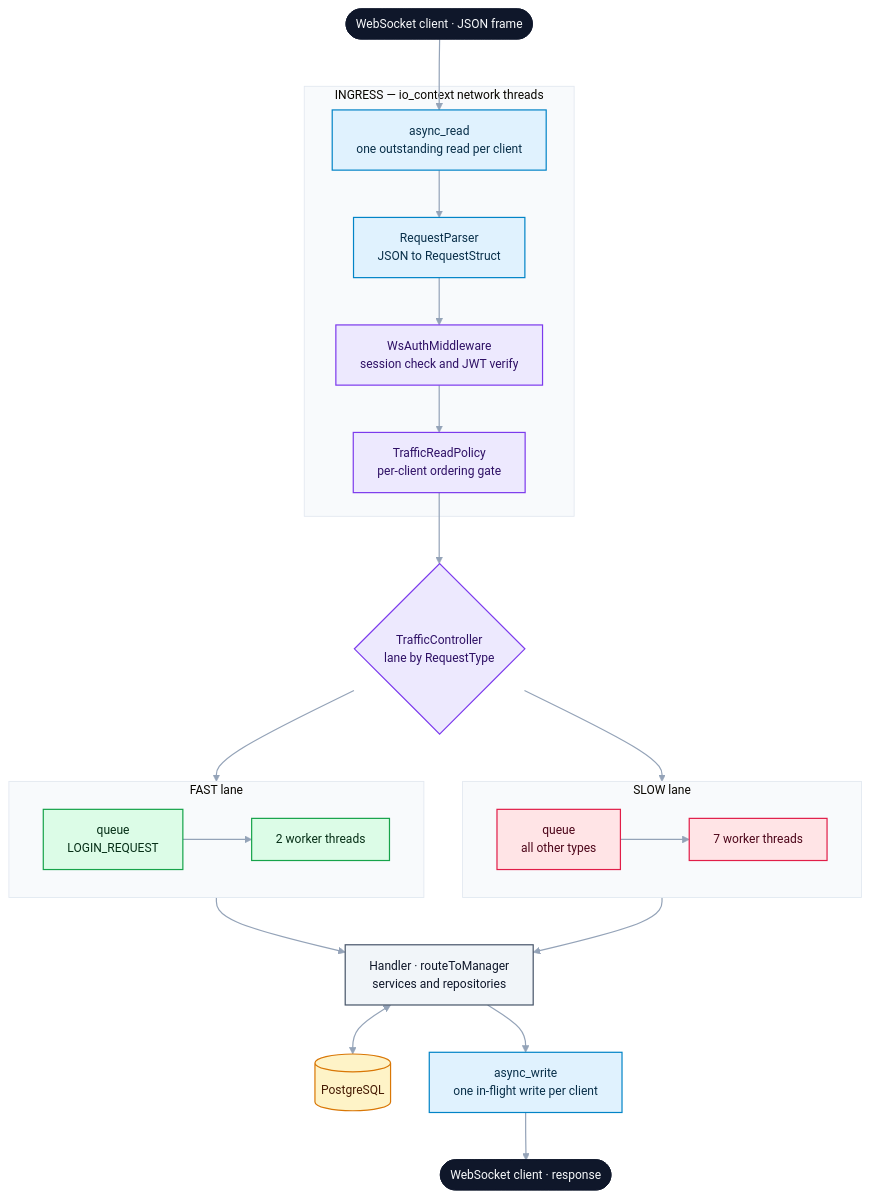
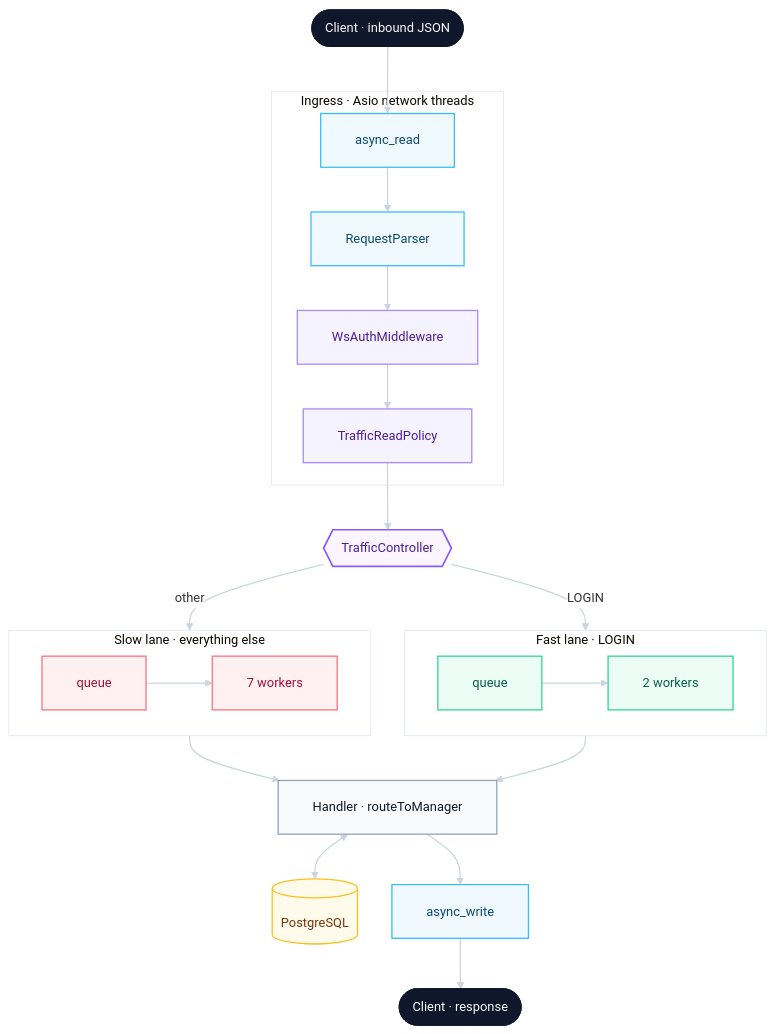
One commit to davidzdravkovic/ChatMe changed the diagram in ARCHITECTURE.md. Above: the diagram before and after it, drawn with Mermaid.

Commit message:
Architecture diagram polish v2

````diff
--- a/ARCHITECTURE.md
+++ b/ARCHITECTURE.md
@@ -9,68 +9,74 @@
 ```mermaid
 %%{init: {
   "theme": "base",
   "themeVariables": {
-    "fontSize": "14px",
-    "lineColor": "#94a3b8",
-    "clusterBkg": "#f8fafc",
+    "fontSize": "15px",
+    "lineColor": "#cbd5e1",
+    "clusterBkg": "#ffffff",
     "clusterBorder": "#e2e8f0",
     "edgeLabelBackground": "#ffffff"
   },
-  "flowchart": { "curve": "basis", "nodeSpacing": 45, "rankSpacing": 55, "padding": 14 }
+  "flowchart": {
+    "curve": "basis",
+    "nodeSpacing": 40,
+    "rankSpacing": 52,
+    "padding": 20
+  }
 }}%%
 flowchart TD
-    IN(["WebSocket client · JSON frame"])
+    IN(["Client · inbound JSON"])
 
-    subgraph ING["INGRESS — io_context network threads"]
-        READ["async_read<br/>one outstanding read per client"]
-        PARSE["RequestParser<br/>JSON to RequestStruct"]
-        AUTH["WsAuthMiddleware<br/>session check and JWT verify"]
-        GATE["TrafficReadPolicy<br/>per-client ordering gate"]
+    subgraph ING["Ingress · Asio network threads"]
+        READ["async_read"]
+        PARSE["RequestParser"]
+        AUTH["WsAuthMiddleware"]
+        GATE["TrafficReadPolicy"]
         READ --> PARSE --> AUTH --> GATE
     end
 
-    ROUTE{"TrafficController<br/>lane by RequestType"}
+    ROUTE{{"TrafficController"}}
 
-    subgraph SLOWLANE["SLOW lane"]
+    subgraph FASTLANE["Fast lane · LOGIN"]
         direction LR
-        QS["queue<br/>all other types"] --> WS["7 worker threads"]
+        QF["queue"] --> WF["2 workers"]
     end
 
-    subgraph FASTLANE["FAST lane"]
+    subgraph SLOWLANE["Slow lane · everything else"]
         direction LR
-        QF["queue<br/>LOGIN_REQUEST"] --> WF["2 worker threads"]
+        QS["queue"] --> WS["7 workers"]
     end
 
-    HANDLER["Handler · routeToManager<br/>services and repositories"]
+    HANDLER["Handler · routeToManager"]
     DB[("PostgreSQL")]
-    OUT["async_write<br/>one in-flight write per client"]
-    DONE(["WebSocket client · response"])
+    OUT["async_write"]
+    DONE(["Client · response"])
 
     IN --> READ
     GATE --> ROUTE
-    ROUTE --> QF
-    ROUTE --> QS
+    ROUTE -->|LOGIN| QF
+    ROUTE -->|other| QS
     WF --> HANDLER
     WS --> HANDLER
     HANDLER <--> DB
-    HANDLER --> OUT
-    OUT --> DONE
+    HANDLER --> OUT --> DONE
 
-    classDef client fill:#0f172a,stroke:#0f172a,stroke-width:1px,color:#f8fafc
-    classDef io fill:#e0f2fe,stroke:#0284c7,stroke-width:1.4px,color:#082f49
-    classDef guard fill:#ede9fe,stroke:#7c3aed,stroke-width:1.4px,color:#2e1065
-    classDef fastLane fill:#dcfce7,stroke:#16a34a,stroke-width:1.4px,color:#052e16
-    classDef slowLane fill:#ffe4e6,stroke:#e11d48,stroke-width:1.4px,color:#4c0519
-    classDef logic fill:#f1f5f9,stroke:#475569,stroke-width:1.4px,color:#0f172a
-    classDef store fill:#fef3c7,stroke:#d97706,stroke-width:1.4px,color:#451a03
+    classDef endpoint fill:#0f172a,stroke:#0f172a,color:#f8fafc
+    classDef io fill:#f0f9ff,stroke:#38bdf8,stroke-width:1.5px,color:#0c4a6e
+    classDef auth fill:#f5f3ff,stroke:#a78bfa,stroke-width:1.5px,color:#4c1d95
+    classDef route fill:#faf5ff,stroke:#8b5cf6,stroke-width:2px,color:#4c1d95
+    classDef fast fill:#ecfdf5,stroke:#34d399,stroke-width:1.5px,color:#065f46
+    classDef slow fill:#fff1f2,stroke:#fb7185,stroke-width:1.5px,color:#9f1239
+    classDef app fill:#f8fafc,stroke:#94a3b8,stroke-width:1.5px,color:#0f172a
+    classDef db fill:#fffbeb,stroke:#fbbf24,stroke-width:1.5px,color:#78350f
 
-    class IN,DONE client
+    class IN,DONE endpoint
     class READ,PARSE,OUT io
-    class AUTH,GATE,ROUTE guard
-    class QF,WF fastLane
-    class QS,WS slowLane
-    class HANDLER logic
-    class DB store
+    class AUTH,GATE auth
+    class ROUTE route
+    class QF,WF fast
+    class QS,WS slow
+    class HANDLER app
+    class DB db
 
-    linkStyle default stroke:#94a3b8,stroke-width:1.4px
+    linkStyle default stroke:#cbd5e1,stroke-width:1.5px
 ```
````
